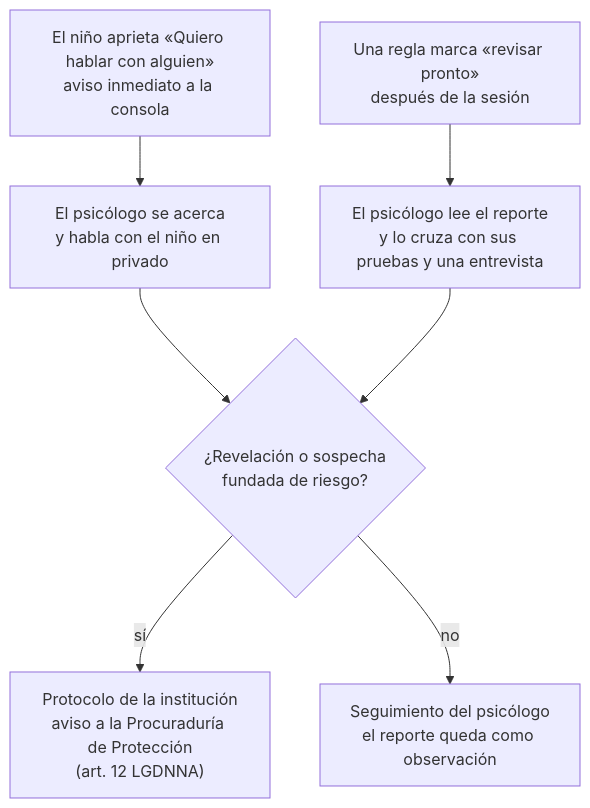
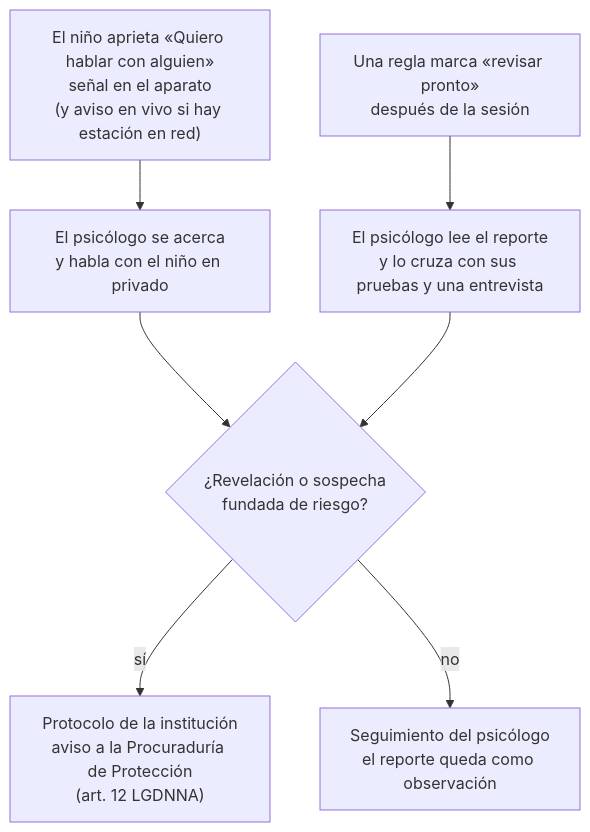
The diagram in docs/legal/protocolo-de-aviso.md (worldofunreal/matices), drawn with Mermaid before and after one commit. The commit also changed other lines of this file and 12 other files, not shown here.

````diff
--- a/docs/legal/protocolo-de-aviso.md
+++ b/docs/legal/protocolo-de-aviso.md
@@ -5,9 +5,9 @@
 ```mermaid
 flowchart TD
-  A["El niño aprieta «Quiero hablar con alguien»<br/>aviso inmediato a la consola"] --> B["El psicólogo se acerca<br/>y habla con el niño en privado"]
+  A["El niño aprieta «Quiero hablar con alguien»<br/>señal en el aparato<br/>(y aviso en vivo si hay estación en red)"] --> B["El psicólogo se acerca<br/>y habla con el niño en privado"]
   C["Una regla marca «revisar pronto»<br/>después de la sesión"] --> D["El psicólogo lee el reporte<br/>y lo cruza con sus pruebas y una entrevista"]
   B --> E{"¿Revelación o sospecha<br/>fundada de riesgo?"}
   D --> E
   E -- sí --> F["Protocolo de la institución<br/>aviso a la Procuraduría de Protección<br/>(art. 12 LGDNNA)"]
   E -- no --> G["Seguimiento del psicólogo<br/>el reporte queda como observación"]
 ```
````
